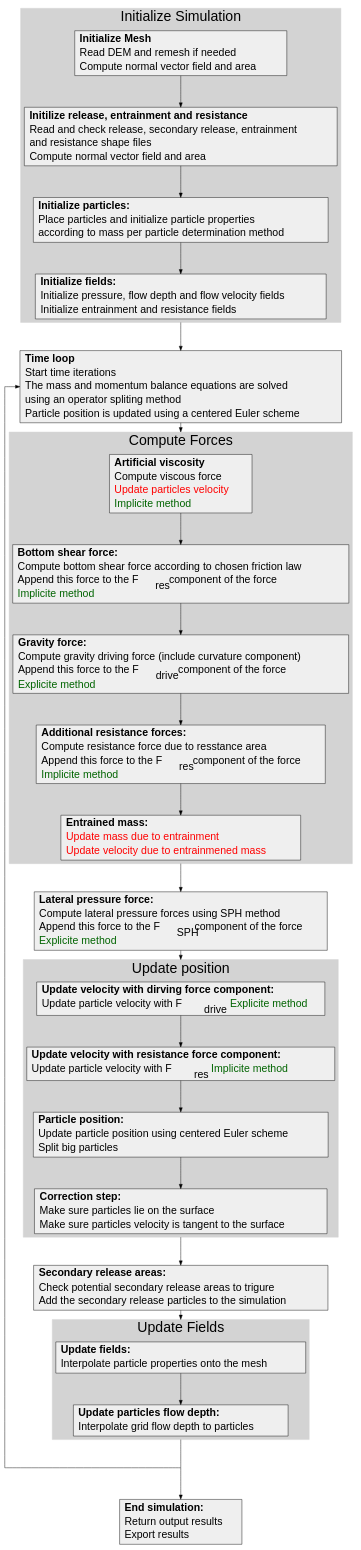
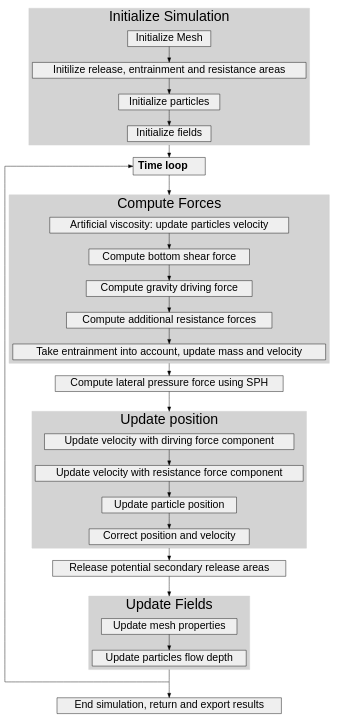
Before and after one commit to avaframe/AvaFrame: the diagram in docs/com1DFAAlgorithmGraph.dot, drawn with Graphviz. The commit also changed 4 other files, not shown here.

```diff
--- a/docs/com1DFAAlgorithmGraph.dot
+++ b/docs/com1DFAAlgorithmGraph.dot
@@ -4,158 +4,82 @@
   newrank=true;
   size="100,100";
   rankdir="TB";
-  graph [compound=true, ranksep=1, splines=ortho, fontname="helvetica", fontsize="32"];
+  graph [compound=true, ranksep=0.5, splines=ortho, fontname="helvetica", fontsize="32"];
   node [shape=box, style=filled, fontsize=24 fontname="helvetica" fillcolor="#efefef"];
   edge [fontname="helvetica", fontsize="18"];
 
-  prepareMesh [label=<
-   <table border="0" cellborder="0" cellspacing="1">
-     <tr><td align="left"><b>Initialize Mesh</b></td></tr>
-     <tr><td align="left">Read DEM and remesh if needed</td></tr>
-     <tr><td align="left" >Compute normal vector field and area</td></tr>
-    </table>>, href="../com1DFAAlgorithm.html#initialize-mesh" tooltip="Go to: initialize mesh" target="_top"];
+  prepareMesh [label="Initialize Mesh", href="../com1DFAAlgorithm.html#initialize-mesh" tooltip="Go to: initialize mesh" target="_top"];
 
-  prepareAreas [label=<
-   <table border="0" cellborder="0" cellspacing="1">
-     <tr><td align="left"><b>Initilize release, entrainment and resistance</b></td></tr>
-     <tr><td align="left">Read and check release, secondary release, entrainment</td></tr>
-     <tr><td align="left">and resistance shape files</td></tr>
-     <tr><td align="left" >Compute normal vector field and area</td></tr>
-    </table>>, href="../com1DFAAlgorithm.html#initialize-release-entrainment-and-resistance" tooltip="Go to: release... initialization" target="_top"];
+  prepareAreas [label= "Initilize release, entrainment and resistance areas",
+  href="../com1DFAAlgorithm.html#initialize-release-entrainment-and-resistance-areas" tooltip="Go to: release... initialization" target="_top"];
 
-  initializeParticles [label=<
-    <table border="0" cellborder="0" cellspacing="1">
-     <tr><td align="left"><b>Initialize particles:</b></td></tr>
-     <tr><td align="left">Place particles and initialize particle properties</td></tr>
-     <tr><td align="left">according to mass per particle determination method</td></tr>
-    </table>>, href="../com1DFAAlgorithm.html#initialize-particles" tooltip="Go to: particle initialization" target="_top"];
+  initializeParticles [label="Initialize particles", href="../com1DFAAlgorithm.html#initialize-particles" tooltip="Go to: particle initialization" target="_top"];
 
-  initializeFields [label=<
-    <table border="0" cellborder="0" cellspacing="1">
-     <tr><td align="left"><b>Initialize fields:</b></td></tr>
-     <tr><td align="left">Initialize pressure, flow depth and flow velocity fields</td></tr>
-     <tr><td align="left">Initialize entrainment and resistance fields</td></tr>
-    </table>>, href="../com1DFAAlgorithm.html#initialize-fields" tooltip="Go to: Initialize fields" target="_top"];
+  initializeFields [label="Initialize fields", href="../com1DFAAlgorithm.html#initialize-fields" tooltip="Go to: Initialize fields" target="_top"];
 
   timeLoop [label=<
     <table border="0" cellborder="0" cellspacing="1">
-     <tr><td align="left"><b>Time loop</b></td></tr>
-     <tr><td align="left">Start time iterations</td></tr>
-     <tr><td align="left">The mass and momentum balance equations are solved</td></tr>
-     <tr><td align="left">using an operator spliting method</td></tr>
-     <tr><td align="left">Particle position is updated using a centered Euler scheme</td></tr>
+     <tr><td align="left"><b>Time loop </b></td></tr>
     </table>>, href="../com1DFAAlgorithm.html#time-scheme-and-iterations" tooltip="Go to: Time scheme" target="_top"];
 
   endTimeLoop [width=0 shape=point label=""];
+  intermediate0 [width=0 shape=point label=""];
+  intermediate1 [width=0 shape=point label=""];
+  intermediate2 [width=0 shape=point label=""];
 
 
-  artifViscosity [label=<
-     <table border="0" cellborder="0" cellspacing="1">
-       <tr><td align="left"><b>Artificial viscosity</b></td></tr>
-       <tr><td align="left">Compute viscous force</td></tr>
-       <tr><td align="left"><font color="red">Update particles velocity</font></td></tr>
-       <tr><td align="left"><font color="darkgreen">Implicite method</font></td></tr>
-     </table>>, href="../com1DFAAlgorithm.html#artificial-viscosity" tooltip="Go to: Artificial viscosity" target="_top"];
+  artifViscosity [label="Artificial viscosity: update particles velocity",
+  href="../com1DFAAlgorithm.html#artificial-viscosity" tooltip="Go to: Artificial viscosity" target="_top"];
 
-  computeFrictForce [label=<
-     <table border="0" cellborder="0" cellspacing="1">
-        <tr><td align="left" href="../theoryCom1DFA.html#compute-friction-forces"><b>Bottom shear force:</b></td></tr>
-        <tr><td align="left" href="../theoryCom1DFA.html#bottom-shear-force" title="Go to: Friction model" target="_top">Compute bottom shear force according to chosen friction law</td></tr>
-        <tr><td align="left" >Append this force to the F<SUB>res</SUB> component of the force</td></tr>
-        <tr><td align="left"><font color="darkgreen">Implicite method</font></td></tr>
-      </table>>];
+  computeFrictForce [label="Compute bottom shear force",
+  href="../theoryCom1DFA.html#compute-friction-forces"];
 
-  computeGravityForce [label=<
-    <table border="0" cellborder="0" cellspacing="1">
-       <tr><td align="left"><b>Gravity force:</b></td></tr>
-       <tr><td align="left">Compute gravity driving force (include curvature component)</td></tr>
-       <tr><td align="left" >Append this force to the F<SUB>drive</SUB> component of the force</td></tr>
-       <tr><td align="left"><font color="darkgreen">Explicite method</font></td></tr>
-     </table>>, href="../com1DFAAlgorithm.html#compute-body-driving-force" tooltip="Go to: Gravity force" target="_top"];
+  computeGravityForce [label="Compute gravity driving force",
+  href="../com1DFAAlgorithm.html#compute-body-driving-force" tooltip="Go to: Gravity force" target="_top"];
 
-  computeResForce [label=<
-      <table border="0" cellborder="0" cellspacing="1">
-       <tr><td align="left"><b>Additional resistance forces:</b></td></tr>
-       <tr><td align="left" href="../com1DFAAlgorithm.html#added-resistance-force" title="Go to: Resistance force" target="_top">Compute resistance force due to resstance area</td></tr>
-       <tr><td align="left" >Append this force to the F<SUB>res</SUB> component of the force</td></tr>
-       <tr><td align="left"><font color="darkgreen">Implicite method</font></td></tr>
-     </table>>];
-  updateMassEntr [label=<
-      <table border="0" cellborder="0" cellspacing="1">
-       <tr><td align="left"><b>Entrained mass:</b></td></tr>
-       <tr><td align="left" href="../theoryCom1DFA.html#entrainment" target="_top"><font color="red">Update mass due to entrainment</font></td></tr>
-       <tr><td align="left" ><font color="red">Update velocity due to entrainmened mass</font></td></tr>
-    </table>>, href="../com1DFAAlgorithm.html#take-entrainment-into-account" tooltip="Go to: Add entrained mass" target="_top"];
+  computeResForce [label="Compute additional resistance forces",
+  href="../com1DFAAlgorithm.html#added-resistance-force" tooltip="Go to: Additional resistance" target="_top"];
 
-  computeSPHForce [label=<
-      <table border="0" cellborder="0" cellspacing="1">
-       <tr><td align="left"><b>Lateral pressure force:</b></td></tr>
-       <tr><td align="left" href="../DFAnumerics.html#sph-gradient" title="Go to: Add lateral pressure force" target="_top">Compute lateral pressure forces using SPH method</td></tr>
-       <tr><td align="left" >Append this force to the F<SUB>SPH</SUB> component of the force</td></tr>
-       <tr><td align="left"><font color="darkgreen">Explicite method</font></td></tr>
-     </table>>];
+  updateMassEntr [label="Take entrainment into account, update mass and velocity",
+  href="../com1DFAAlgorithm.html#take-entrainment-into-account" tooltip="Go to: Add entrained mass" target="_top"];
 
-  updateVelocityDrive [label=<
-    <table border="0" cellborder="0" cellspacing="1">
-       <tr><td align="left"><b>Update velocity with dirving force component:</b></td></tr>
-       <tr><td align="left" >Update particle velocity with F<SUB>drive</SUB> <font color="darkgreen">Explicite method</font></td></tr>
-       <tr><td align="left"></td></tr>
-    </table>>, href="../com1DFAAlgorithm.html#update-position" tooltip="Go to: Update Position" target="_top"];
+  computeSPHForce [label="Compute lateral pressure force using SPH",
+  href="../DFAnumerics.html#sph-gradient" title="Go to: Add lateral pressure force" target="_top"];
 
-  updateVelocityFrict [label=<
-    <table border="0" cellborder="0" cellspacing="1">
-       <tr><td align="left"><b>Update velocity with resistance force component:</b></td></tr>
-       <tr><td align="left" >Update particle velocity with F<SUB>res</SUB> <font color="darkgreen">Implicite method      </font></td></tr>
-       <tr><td align="left"></td></tr>
-    </table>>, href="../com1DFAAlgorithm.html#update-position" tooltip="Go to: Update Position" target="_top"];
+  updateVelocityDrive [label="Update velocity with dirving force component",
+  href="../com1DFAAlgorithm.html#update-position" tooltip="Go to: Update Position" target="_top"];
 
-  updatePartPos [label=<
-      <table border="0" cellborder="0" cellspacing="1">
-       <tr><td align="left"><b>Particle position:</b></td></tr>
-       <tr><td align="left">Update particle position using centered Euler scheme</td></tr>
-       <tr><td align="left">Split big particles</td></tr>
-     </table>>, href="../com1DFAAlgorithm.html#update-position" tooltip="Go to: Update Position" target="_top"];
+  updateVelocityFrict [label="Update velocity with resistance force component",
+  href="../com1DFAAlgorithm.html#update-position" tooltip="Go to: Update Position" target="_top"];
 
-  correctPartPos [label=<
-      <table border="0" cellborder="0" cellspacing="1">
-       <tr><td align="left"><b>Correction step:</b></td></tr>
-       <tr><td align="left">Make sure particles lie on the surface</td></tr>
-       <tr><td align="left">Make sure particles velocity is tangent to the surface</td></tr>
-     </table>>, href="../com1DFAAlgorithm.html#update-position" tooltip="Go to: Update Position" target="_top"];
+  updatePartPos [label="Update particle position",
+  href="../com1DFAAlgorithm.html#update-position" tooltip="Go to: Update Position" target="_top"];
 
-  addSecRelease [label=<
-      <table border="0" cellborder="0" cellspacing="1">
-       <tr><td align="left"><b>Secondary release areas:</b></td></tr>
-       <tr><td align="left" >Check potential secondary release areas to trigure</td></tr>
-       <tr><td align="left" >Add the secondary release particles to the simulation</td></tr>
-     </table>>, href="../com1DFAAlgorithm.html#add-secondary-release-area" tooltip="Go to: Secondary release" target="_top"];
+  correctPartPos [label="Correct position and velocity",
+  href="../com1DFAAlgorithm.html#update-position" tooltip="Go to: Update Position" target="_top"];
 
-  updateFields [label=<
-    <table border="0" cellborder="0" cellspacing="1">
-       <tr><td align="left"><b>Update fields:</b></td></tr>
-       <tr><td align="left" >Interpolate particle properties onto the mesh</td></tr>
-    </table>>, href="../com1DFAAlgorithm.html#update-fields" tooltip="Go to: Update fields" target="_top"];
+  addSecRelease [label="Release potential secondary release areas",
+  href="../com1DFAAlgorithm.html#add-secondary-release-area" tooltip="Go to: Secondary release" target="_top"];
 
-  updateParticlesFlowDepth [label=<
-    <table border="0" cellborder="0" cellspacing="1">
-       <tr><td align="left"><b>Update particles flow depth:</b></td></tr>
-       <tr><td align="left" >Interpolate grid flow depth to particles</td></tr>
-    </table>>, href="../com1DFAAlgorithm.html#update-fields" tooltip="Go to: Update fields" target="_top"];
+  updateFields [label="Update mesh properties",
+  href="../com1DFAAlgorithm.html#update-fields" tooltip="Go to: Update fields" target="_top"];
 
-  endSimulation [label=<
-    <table border="0" cellborder="0" cellspacing="1">
-       <tr><td align="left"><b>End simulation:</b></td></tr>
-       <tr><td align="left" >Return output results</td></tr>
-       <tr><td align="left" >Export results</td></tr>
-    </table>>, href="../com1DFAAlgorithm.html#simulation-outputs" tooltip="Go to: Simulation outputs" target="_top"];
+  updateParticlesFlowDepth [label="Update particles flow depth",
+  href="../com1DFAAlgorithm.html#update-fields" tooltip="Go to: Update fields" target="_top"];
+
+  endSimulation [label="End simulation, return and export results",
+  href="../com1DFAAlgorithm.html#simulation-outputs" tooltip="Go to: Simulation outputs" target="_top"];
 
 
   initializeFields -> timeLoop [weight=10,ltail=cluster_initialization];
-  timeLoop -> artifViscosity [weight=10,lhead=cluster_Forces];
+  timeLoop -> intermediate0 [weight=10, arrowhead=none];
+  intermediate0 -> artifViscosity [weight=10,lhead=cluster_Forces];
   updateMassEntr -> computeSPHForce [weight=10, ltail=cluster_Forces];
-  computeSPHForce -> updateVelocityDrive [weight=10,lhead=cluster_2];
+  computeSPHForce -> intermediate1 [weight=10, arrowhead=none];
+  intermediate1 -> updateVelocityDrive [weight=10,lhead=cluster_2];
   correctPartPos -> addSecRelease [weight=10,ltail=cluster_2];
-  addSecRelease -> updateFields [weight=10,lhead=cluster_3];
+  addSecRelease -> intermediate2 [weight=10, arrowhead=none];
+  intermediate2 -> updateFields [weight=10,lhead=cluster_3];
   updateParticlesFlowDepth -> endTimeLoop [weight=10,ltail=cluster_3, arrowhead=none];
   endTimeLoop -> endSimulation [weight=10];
   endTimeLoop -> timeLoop [weight=1, constraint=false];
```
